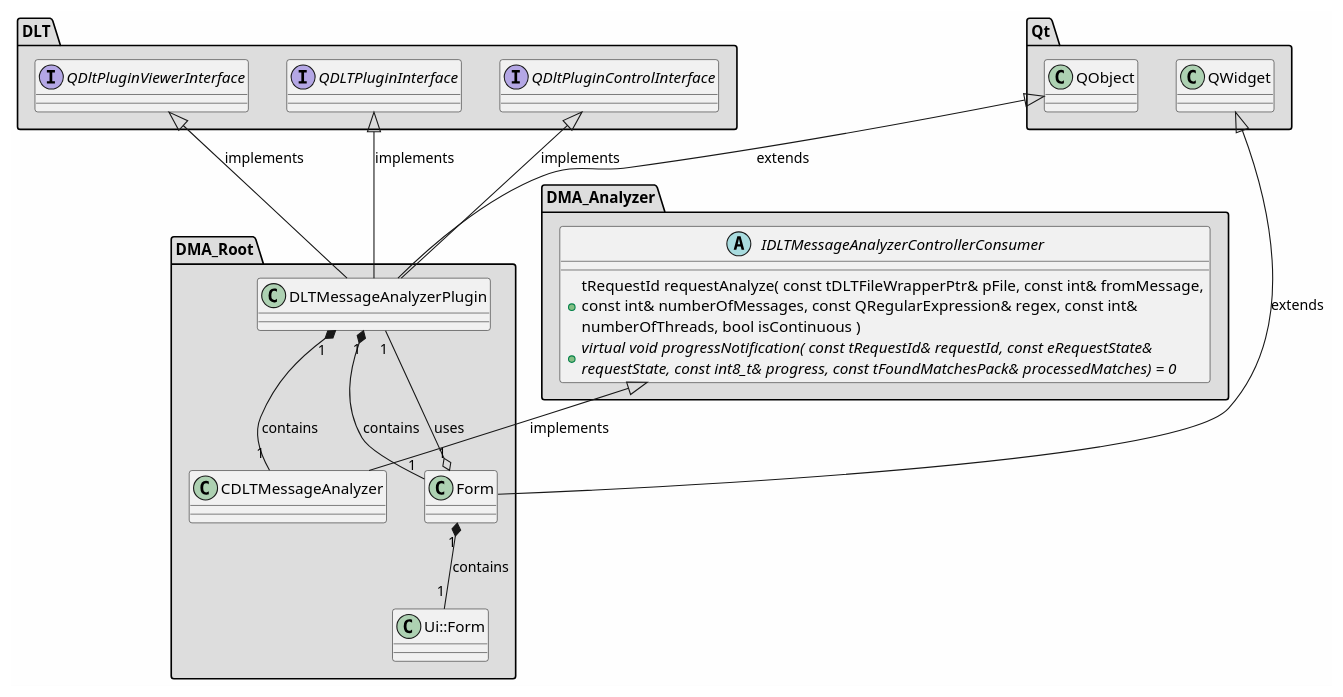
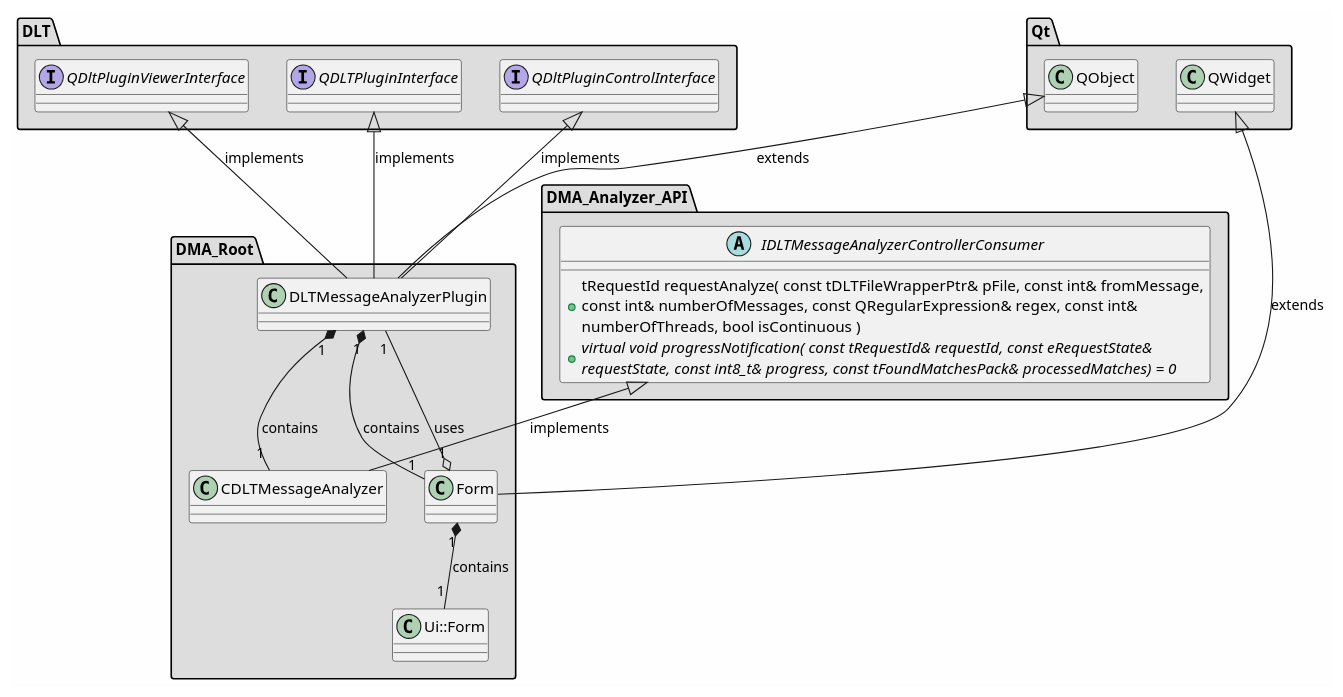
One commit to svlad-90/DLT-Message-Analyzer changed the diagram in md/dev_docs/puml/DMA_Root_standalone.puml. Above: the diagram before and after it, drawn with PlantUML. The commit also changed 64 other files, not shown here.

First line of the commit message:
[ISSUE #111][COMPONENTS] Introduce components architecture in the project

```diff
--- a/md/dev_docs/puml/DMA_Root_standalone.puml
+++ b/md/dev_docs/puml/DMA_Root_standalone.puml
@@ -2,81 +2,81 @@
 @startuml
 
 skinparam backgroundColor #FEFEFE
 skinparam wrapWidth 600
 package "DLT" #DDDDDD
 {
 
 interface "QDLTPluginInterface"
 {
 }
 
 interface "QDltPluginControlInterface"
 {
 }
 
 interface "QDltPluginViewerInterface"
 {
 }
 
 }
 
-package "DMA_Analyzer" #DDDDDD
+package "DMA_Analyzer_API" #DDDDDD
 {
 
 abstract class "IDLTMessageAnalyzerControllerConsumer"
 {
     + tRequestId requestAnalyze( const tDLTFileWrapperPtr& pFile, const int& fromMessage, const int& numberOfMessages, const QRegularExpression& regex, const int& numberOfThreads, bool isContinuous )
     + {abstract} virtual void progressNotification( const tRequestId& requestId, const eRequestState& requestState, const int8_t& progress, const tFoundMatchesPack& processedMatches) = 0
 }
 
 }
 
 package "DMA_Root" #DDDDDD
 {
 
 class "CDLTMessageAnalyzer"
 {
 }
 
 class "DLTMessageAnalyzerPlugin"
 {
 }
 
 class "Form"
 {
 }
 
 class "Ui::Form"
 {
 }
 
 }
 
 package "Qt" #DDDDDD
 {
 
 class "QObject"
 {
 }
 
 class "QWidget"
 {
 }
 
 }
 
 '====================Inheritance section====================
 IDLTMessageAnalyzerControllerConsumer <|-- CDLTMessageAnalyzer : implements
 QDLTPluginInterface <|-- DLTMessageAnalyzerPlugin : implements
 QDltPluginControlInterface <|-- DLTMessageAnalyzerPlugin : implements
 QDltPluginViewerInterface <|-- DLTMessageAnalyzerPlugin : implements
 QObject <|-- DLTMessageAnalyzerPlugin : extends
 QWidget <|-- Form : extends
 
 '====================Dependencies section====================
 DLTMessageAnalyzerPlugin "1" *-- "1" CDLTMessageAnalyzer : contains
 DLTMessageAnalyzerPlugin "1" *-- "1" Form : contains
 Form "1" o-- "1" DLTMessageAnalyzerPlugin : uses
 Form "1" *-- "1" Ui::Form : contains
 
 @enduml
```
